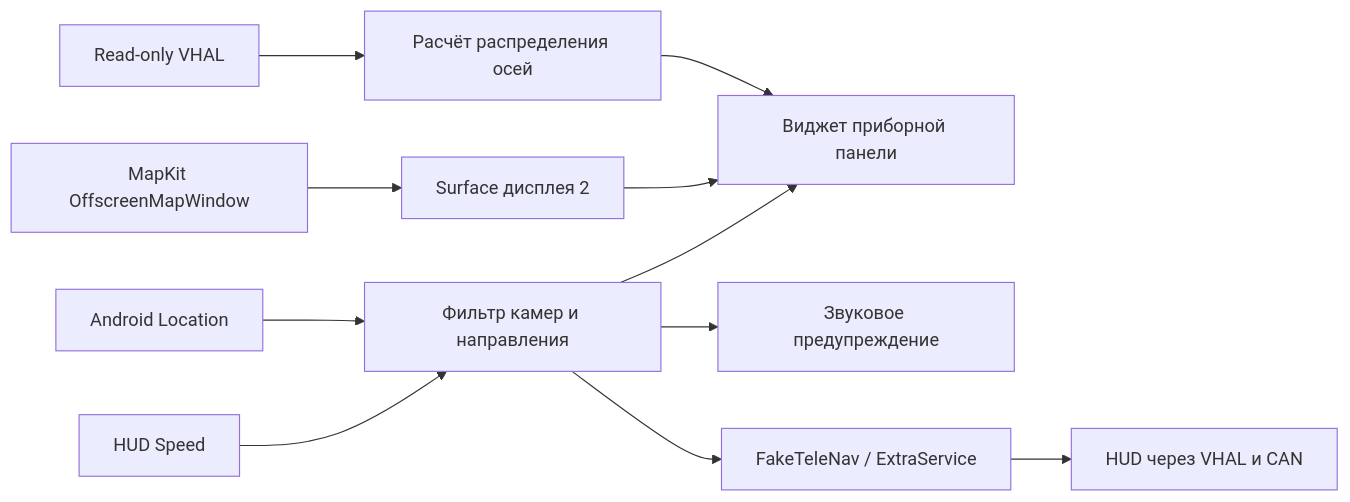
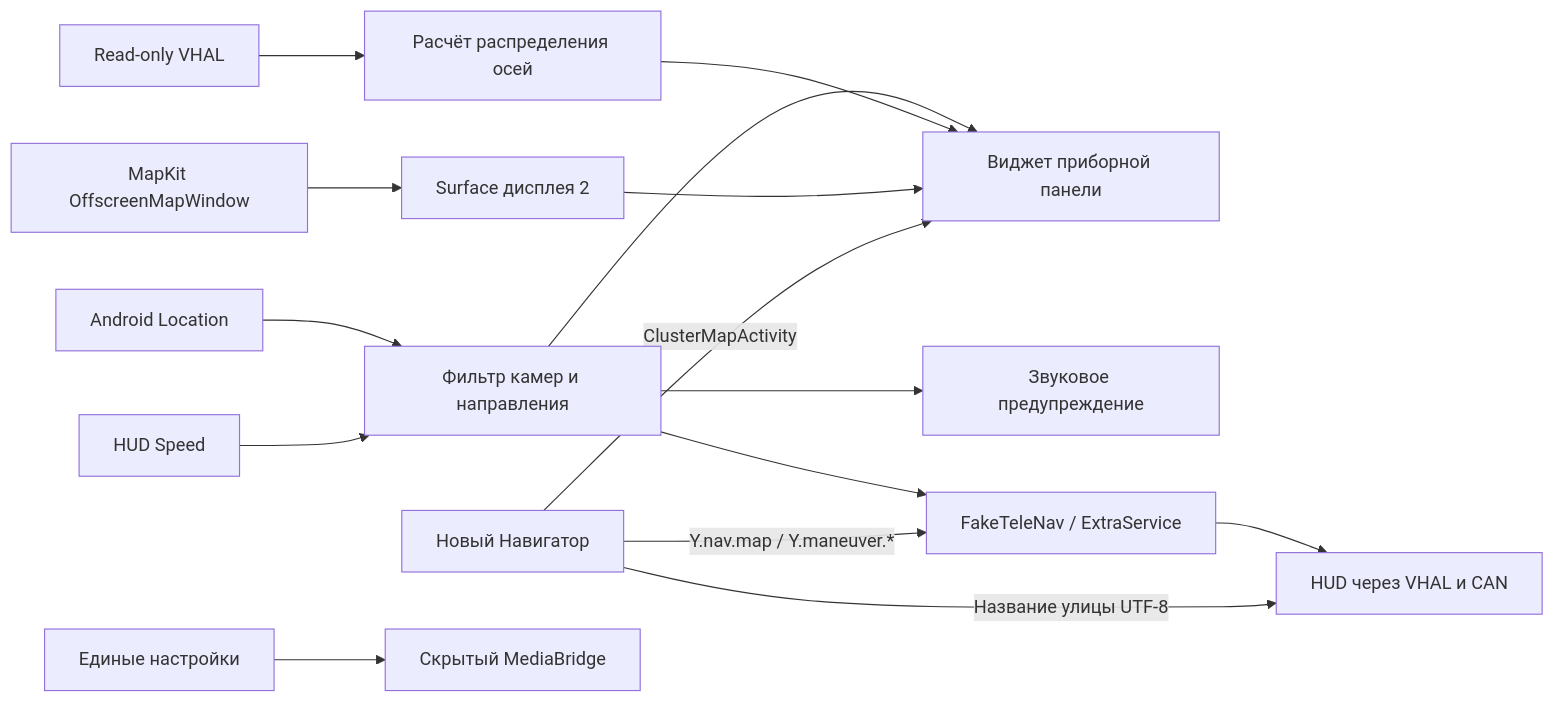
The diagram in README.md (DmitryRND/exeed-road-assistant), drawn with Mermaid before and after one commit. The commit also changed other lines of this file and 9 other files, not shown here.

````diff
--- a/README.md
+++ b/README.md
@@ -121,13 +146,17 @@
 ```mermaid
 flowchart LR
     GPS["Android Location"] --> Match["Фильтр камер и направления"]
     DB["HUD Speed"] --> Match
     Match --> Cluster["Виджет приборной панели"]
     Match --> Sound["Звуковое предупреждение"]
     Match --> Telenav["FakeTeleNav / ExtraService"]
     Telenav --> HUD["HUD через VHAL и CAN"]
     VHAL["Read-only VHAL"] --> AWD["Расчёт распределения осей"]
     AWD --> Cluster
     MapKit["MapKit OffscreenMapWindow"] --> Surface["Surface дисплея 2"]
     Surface --> Cluster
+    Navigator["Новый Навигатор"] -->|"Y.nav.map / Y.maneuver.*"| Telenav
+    Navigator -->|"Название улицы UTF-8"| HUD
+    Navigator -->|"ClusterMapActivity"| Cluster
+    Settings["Единые настройки"] --> MediaBridge["Скрытый MediaBridge"]
 ```
````
